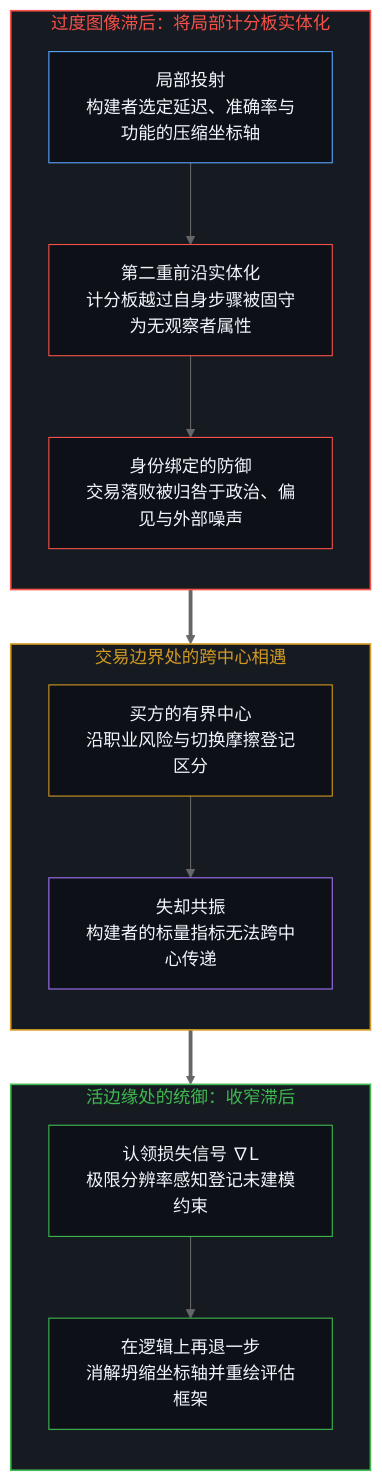
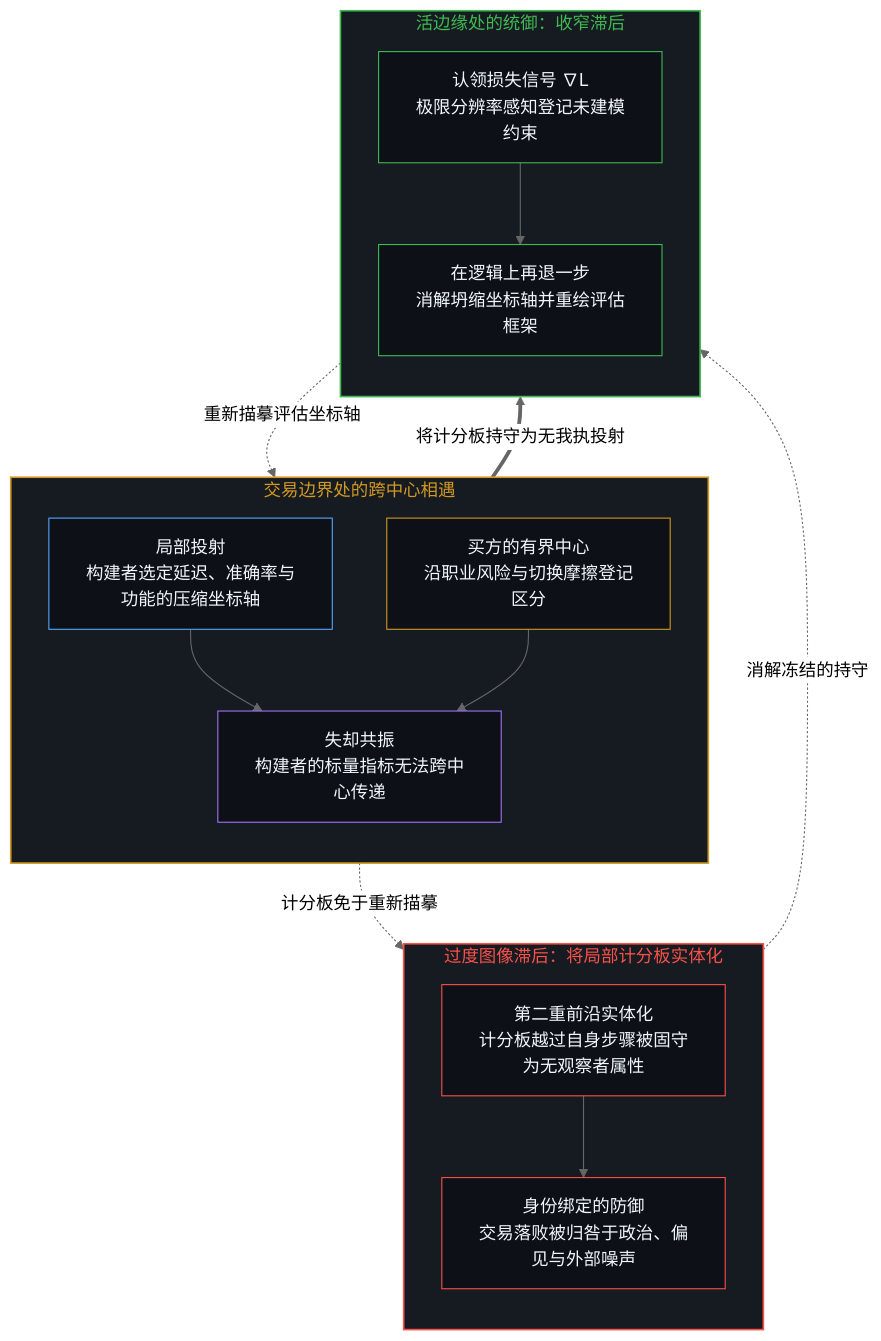
Before and after one commit to powerpig99/not-a-toe: the first of 2 diagrams in content/posts/the-category-error-of-better.md, drawn with Mermaid (neutral theme). The commit also changed other lines of this file and 3 other files, not shown here.

````diff
--- a/content/posts/the-category-error-of-better.md
+++ b/content/posts/the-category-error-of-better.md
@@ -37,34 +37,37 @@
 ```mermaid
 flowchart TD
+    subgraph S_Collision["交易边界处的跨中心相遇"]
+        direction TB
+        N_Proj["局部投射<br/>构建者选定延迟、准确率与功能的压缩坐标轴"]
+        N_Buyer["买方的有界中心<br/>沿职业风险与切换摩擦登记区分"]
+        N_Mismatch["失却共振<br/>构建者的标量指标无法跨中心传递"]
+        N_Proj --> N_Mismatch
+        N_Buyer --> N_Mismatch
+    end
     subgraph S_Lag["过度图像滞后：将局部计分板实体化"]
         direction TB
-        N_Proj["局部投射<br/>构建者选定延迟、准确率与功能的压缩坐标轴"]
         N_Freeze["第二重前沿实体化<br/>计分板越过自身步骤被固守为无观察者属性"]
         N_Defend["身份绑定的防御<br/>交易落败被归咎于政治、偏见与外部噪声"]
-        N_Proj --> N_Freeze --> N_Defend
-    end
-    subgraph S_Collision["交易边界处的跨中心相遇"]
-        direction TB
-        N_Buyer["买方的有界中心<br/>沿职业风险与切换摩擦登记区分"]
-        N_Mismatch["失却共振<br/>构建者的标量指标无法跨中心传递"]
-        N_Buyer --> N_Mismatch
+        N_Freeze --> N_Defend
     end
     subgraph S_Update["活边缘处的统御：收窄滞后"]
         direction TB
         N_Claim["认领损失信号 ∇L<br/>极限分辨率感知登记未建模约束"]
         N_StepBack["在逻辑上再退一步<br/>消解坍缩坐标轴并重绘评估框架"]
         N_Claim --> N_StepBack
     end
-    N_Defend ==> N_Buyer
-    N_Mismatch ==> N_Claim
+    N_Mismatch -.->|"计分板免于重新描摹"| N_Freeze
+    N_Mismatch ==>|"将计分板持守为无我执投射"| N_Claim
+    N_Defend -.->|"消解冻结的持守"| N_Claim
+    N_StepBack -.->|"重新描摹评估坐标轴"| N_Proj
+    style S_Collision fill:#161b22,stroke:#d29922,stroke-width:1.5px,color:#d29922
     style S_Lag fill:#161b22,stroke:#f85149,stroke-width:1.5px,color:#f85149
-    style S_Collision fill:#161b22,stroke:#d29922,stroke-width:1.5px,color:#d29922
     style S_Update fill:#161b22,stroke:#3fb950,stroke-width:1.5px,color:#3fb950
     style N_Proj fill:#0d1117,stroke:#58a6ff,stroke-width:1px,color:#f0f6fc
+    style N_Buyer fill:#0d1117,stroke:#d29922,stroke-width:1px,color:#f0f6fc
+    style N_Mismatch fill:#0d1117,stroke:#a371f7,stroke-width:1px,color:#f0f6fc
     style N_Freeze fill:#0d1117,stroke:#f85149,stroke-width:1px,color:#f0f6fc
     style N_Defend fill:#0d1117,stroke:#f85149,stroke-width:1px,color:#f0f6fc
-    style N_Buyer fill:#0d1117,stroke:#d29922,stroke-width:1px,color:#f0f6fc
-    style N_Mismatch fill:#0d1117,stroke:#a371f7,stroke-width:1px,color:#f0f6fc
     style N_Claim fill:#0d1117,stroke:#3fb950,stroke-width:1px,color:#f0f6fc
     style N_StepBack fill:#0d1117,stroke:#3fb950,stroke-width:1px,color:#f0f6fc
 ```
````
